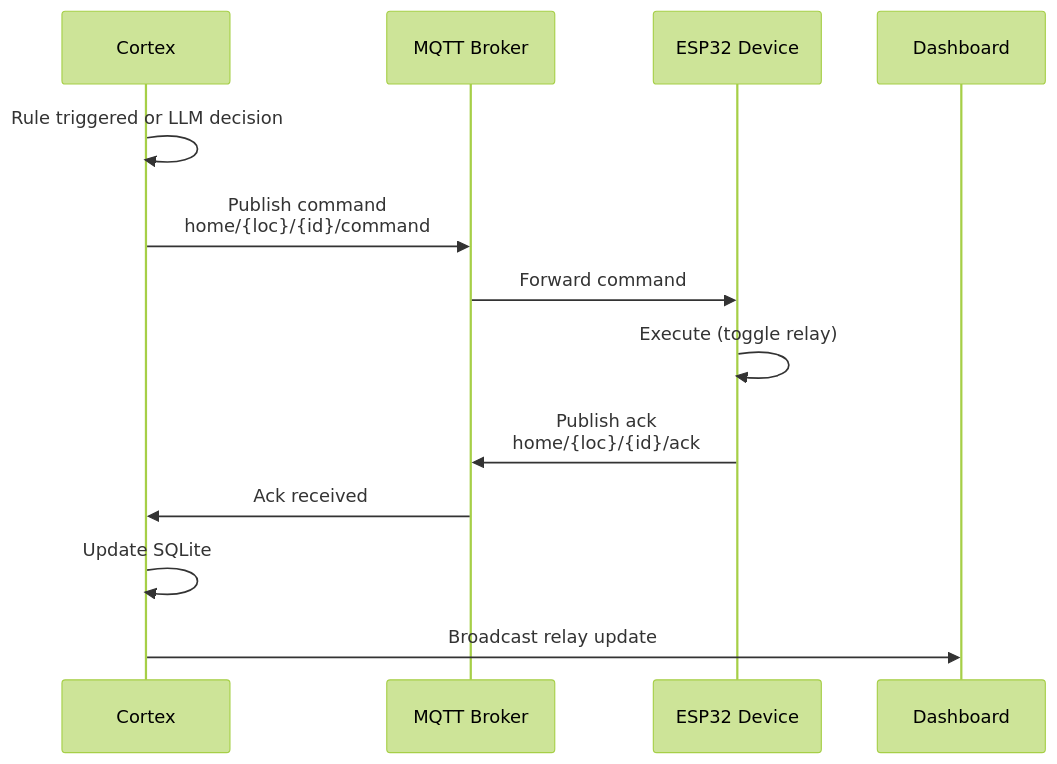
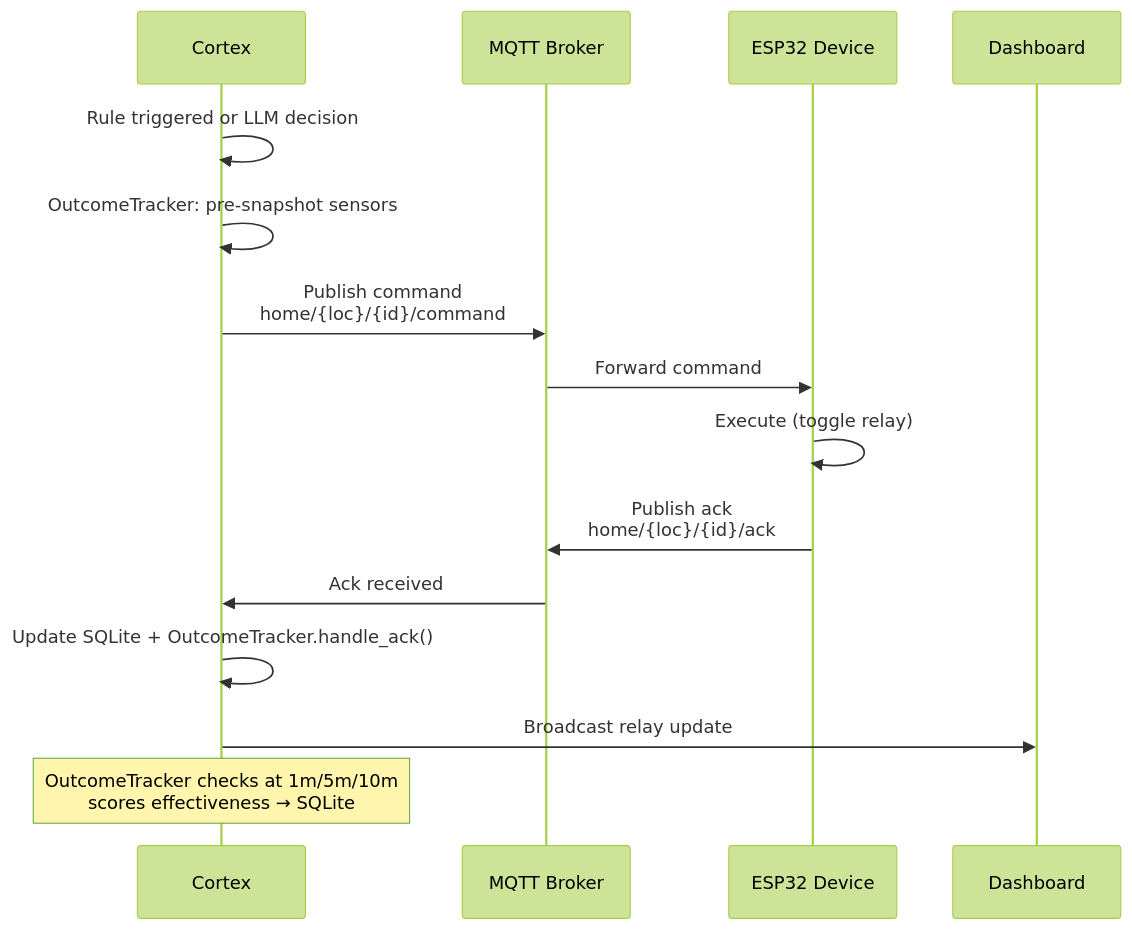
Before and after one commit to curtisblanchette/my-esp32-project: the eighth of 8 diagrams in README.md, drawn with Mermaid (forest theme). The commit also changed other lines of this file, not shown here.

First line of the commit message:
docs: fix README diagrams for accuracy and rename orchestrator to prefrontal

````diff
--- a/README.md
+++ b/README.md
@@ -656,16 +661,18 @@
 ```mermaid
 sequenceDiagram
     participant C as Cortex
     participant M as MQTT Broker
     participant D as ESP32 Device
     participant WS as Dashboard
 
     C->>C: Rule triggered or LLM decision
+    C->>C: OutcomeTracker: pre-snapshot sensors
     C->>M: Publish command<br/>home/{loc}/{id}/command
     M->>D: Forward command
     D->>D: Execute (toggle relay)
     D->>M: Publish ack<br/>home/{loc}/{id}/ack
     M->>C: Ack received
-    C->>C: Update SQLite
+    C->>C: Update SQLite + OutcomeTracker.handle_ack()
     C->>WS: Broadcast relay update
+    Note over C: OutcomeTracker checks at 1m/5m/10m<br/>scores effectiveness → SQLite
 ```
````
